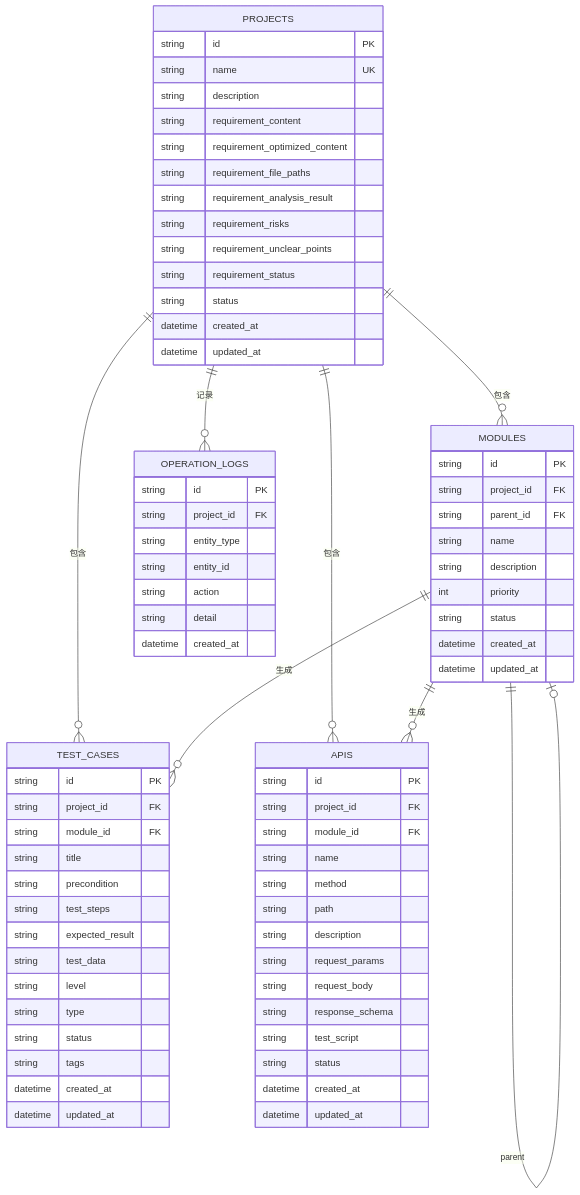
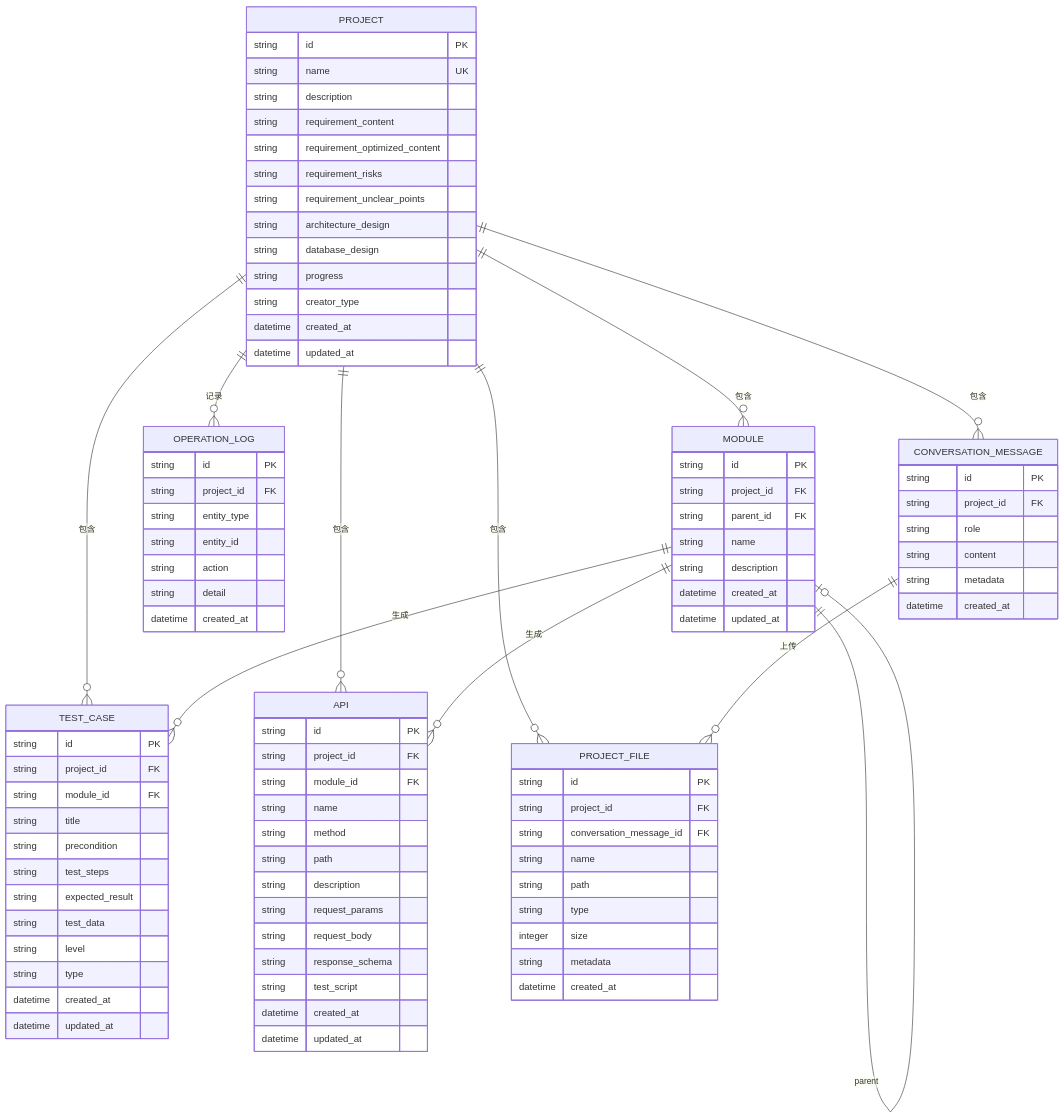
The diagram in doc/database_design.md (moderncrazy/ai-case-generator-demo), drawn with Mermaid before and after one commit. The commit also changed other lines of this file and 82 other files, not shown here.

Commit message:
Initialize the project architecture

````diff
--- a/doc/database_design.md
+++ b/doc/database_design.md
@@ -11,44 +11,45 @@
 ```mermaid
 erDiagram
-    PROJECTS ||--o{ MODULES : "包含"
-    PROJECTS ||--o{ TEST_CASES : "包含"
-    PROJECTS ||--o{ APIS : "包含"
-    PROJECTS ||--o{ OPERATION_LOGS : "记录"
+    PROJECT ||--o{ MODULE : "包含"
+    PROJECT ||--o{ TEST_CASE : "包含"
+    PROJECT ||--o{ API : "包含"
+    PROJECT ||--o{ OPERATION_LOG : "记录"
+    PROJECT ||--o{ CONVERSATION_MESSAGE : "包含"
+    PROJECT ||--o{ PROJECT_FILE : "包含"
     
-    MODULES ||--o{ TEST_CASES : "生成"
-    MODULES ||--o{ APIS : "生成"
+    CONVERSATION_MESSAGE ||--o{ PROJECT_FILE : "上传"
+    MODULE ||--o{ TEST_CASE : "生成"
+    MODULE ||--o{ API : "生成"
     
-    MODULES ||--o| MODULES : "parent"
+    MODULE ||--o| MODULE : "parent"
 
-    PROJECTS {
+    PROJECT {
         string id PK
         string name UK
         string description
         string requirement_content
         string requirement_optimized_content
-        string requirement_file_paths
-        string requirement_analysis_result
         string requirement_risks
         string requirement_unclear_points
-        string requirement_status
-        string status
+        string architecture_design
+        string database_design
+        string progress
+        string creator_type
         datetime created_at
         datetime updated_at
     }
     
-    MODULES {
+    MODULE {
         string id PK
         string project_id FK
         string parent_id FK
         string name
         string description
-        int priority
-        string status
         datetime created_at
         datetime updated_at
     }
     
-    TEST_CASES {
+    TEST_CASE {
         string id PK
         string project_id FK
         string module_id FK
@@ -59,13 +60,11 @@
         string test_data
         string level
         string type
-        string status
-        string tags
         datetime created_at
         datetime updated_at
     }
     
-    APIS {
+    API {
         string id PK
         string project_id FK
         string module_id FK
@@ -77,12 +76,11 @@
         string request_body
         string response_schema
         string test_script
-        string status
         datetime created_at
         datetime updated_at
     }
     
-    OPERATION_LOGS {
+    OPERATION_LOG {
         string id PK
         string project_id FK
         string entity_type
@@ -91,4 +89,25 @@
         string detail
         datetime created_at
     }
+    
+    CONVERSATION_MESSAGE {
+        string id PK
+        string project_id FK
+        string role
+        string content
+        string metadata
+        datetime created_at
+    }
+    
+    PROJECT_FILE {
+        string id PK
+        string project_id FK
+        string conversation_message_id FK
+        string name
+        string path
+        string type
+        integer size
+        string metadata
+        datetime created_at
+    }
 ```
````
